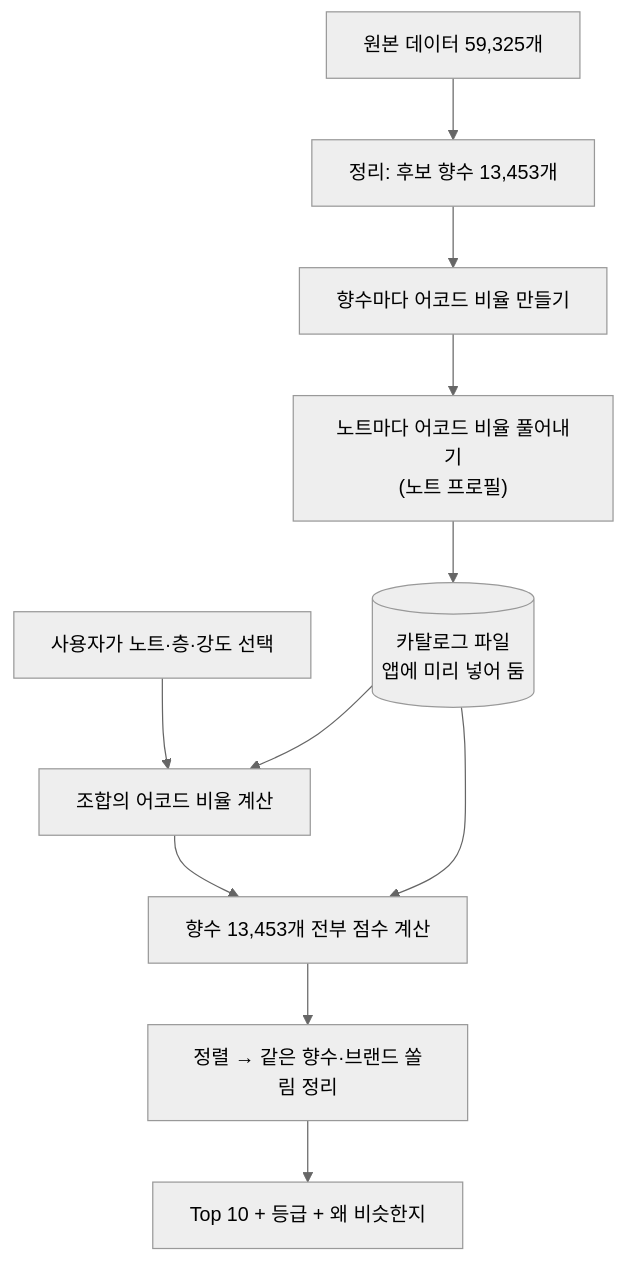
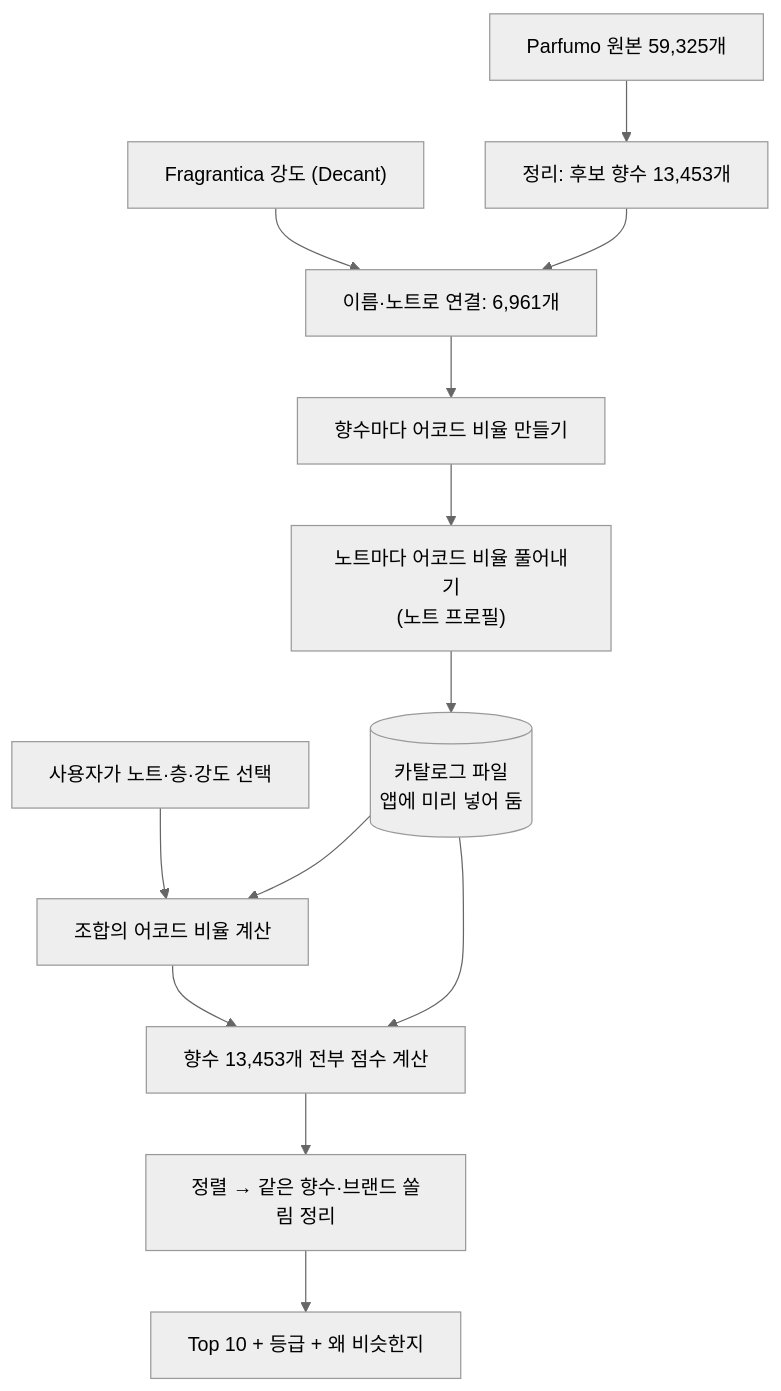
Before and after one commit to junyeop3407/perfumer-lab: the diagram in apps/scent-studio/docs/engine_how_it_works.md, drawn with Mermaid (neutral theme). The commit also changed other lines of this file and 23 other files, not shown here.

````diff
--- a/apps/scent-studio/docs/engine_how_it_works.md
+++ b/apps/scent-studio/docs/engine_how_it_works.md
@@ -19,13 +19,15 @@
 ```mermaid
 flowchart TD
-    A["원본 데이터 59,325개"] --> B["정리: 후보 향수 13,453개"]
-    B --> C["향수마다 어코드 비율 만들기"]
+    A["Parfumo 원본 59,325개"] --> B["정리: 후보 향수 13,453개"]
+    K["Fragrantica 강도 (Decant)"] --> L["이름·노트로 연결: 6,961개"]
+    B --> L
+    L --> C["향수마다 어코드 비율 만들기"]
     C --> D["노트마다 어코드 비율 풀어내기<br/>(노트 프로필)"]
     D --> E[("카탈로그 파일<br/>앱에 미리 넣어 둠")]
     F["사용자가 노트·층·강도 선택"] --> G["조합의 어코드 비율 계산"]
     E --> G
     G --> H["향수 13,453개 전부 점수 계산"]
     E --> H
     H --> I["정렬 → 같은 향수·브랜드 쏠림 정리"]
     I --> J["Top 10 + 등급 + 왜 비슷한지"]
 ```
````
